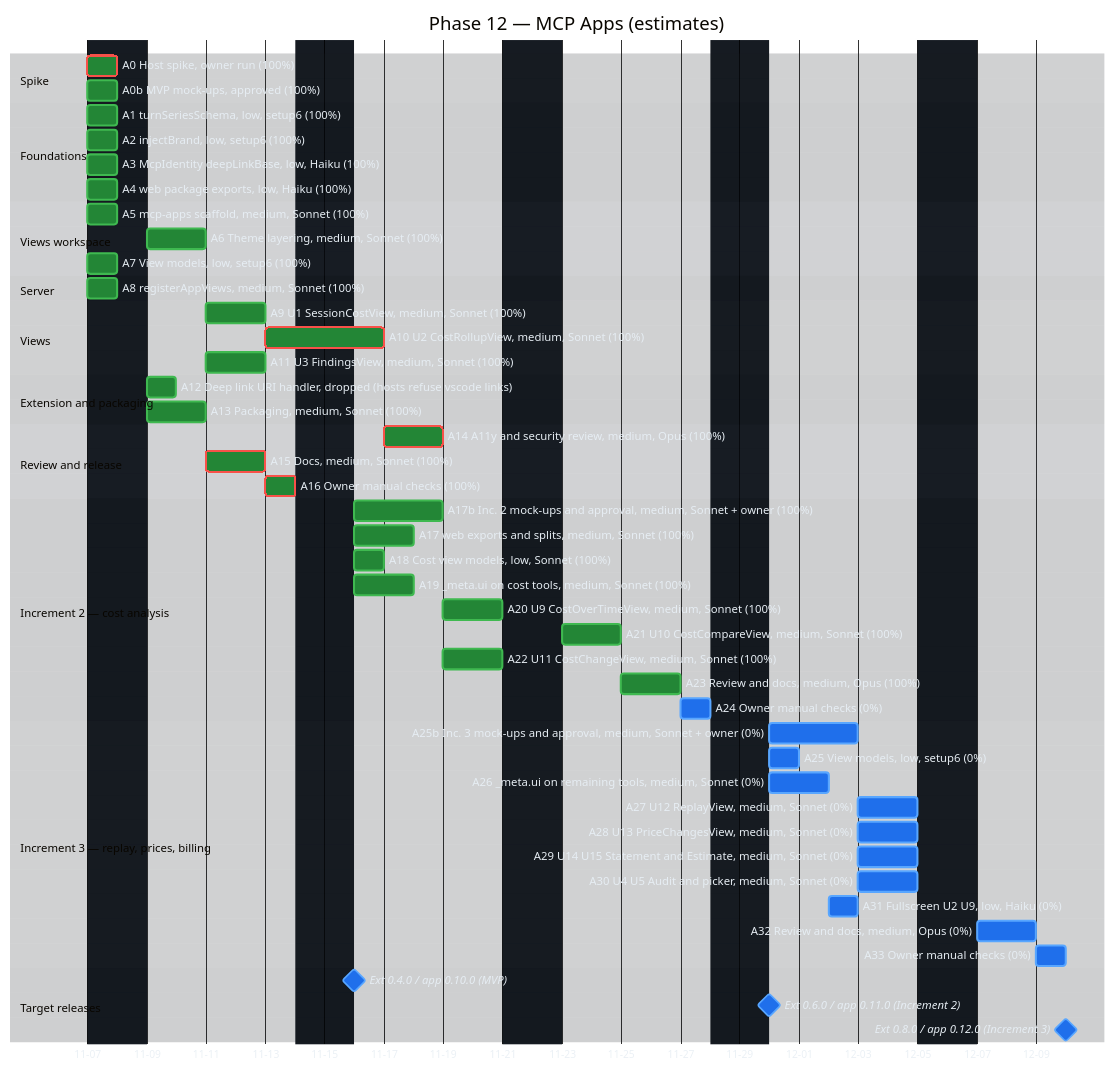
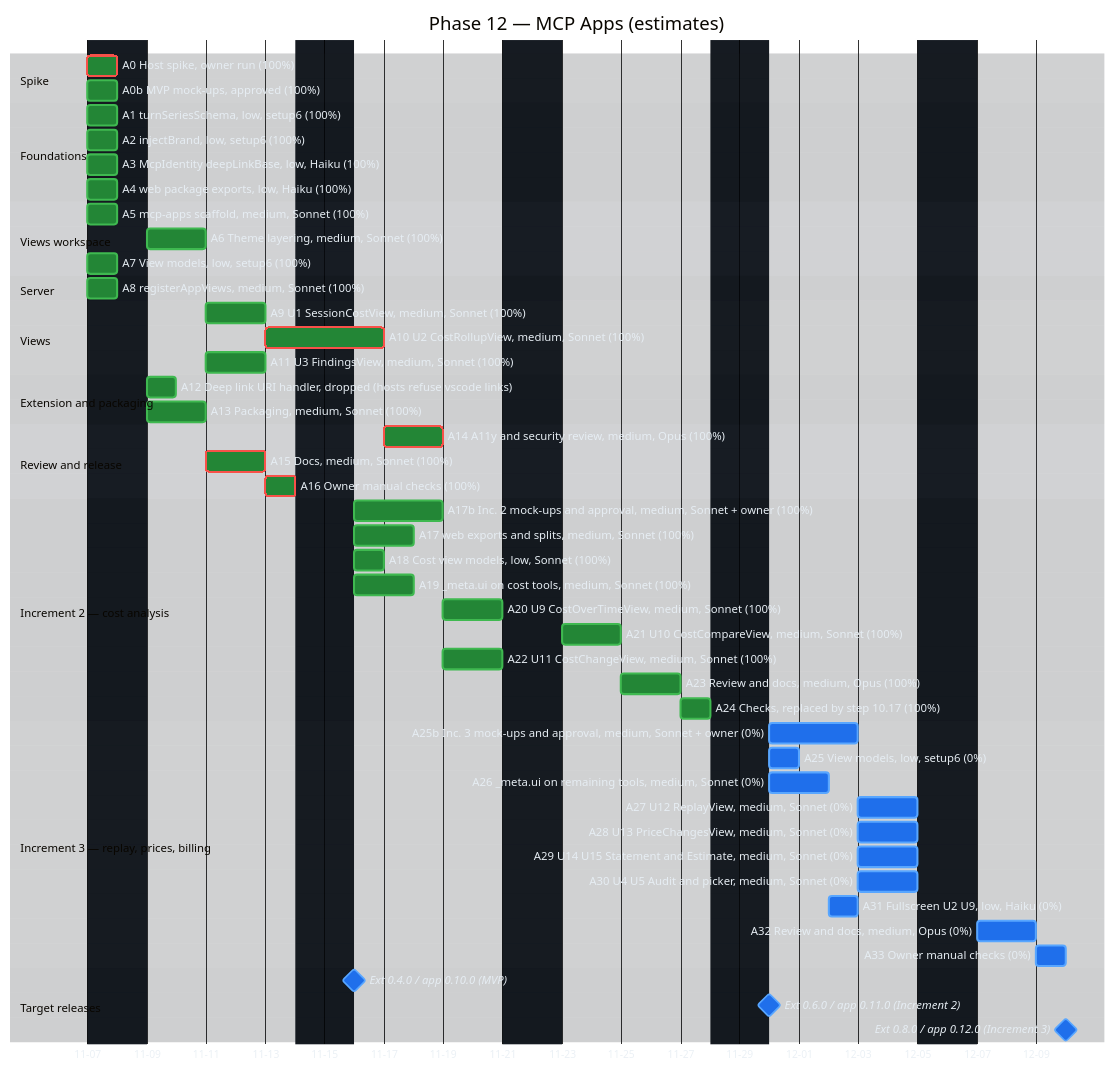
The second of 2 diagrams in docs/implementation-plan-gantt.md (raulkivi/agent-cost-analyzer), drawn with Mermaid before and after one commit. The commit also changed other lines of this file and 4 other files, not shown here.

```diff
--- a/docs/implementation-plan-gantt.md
+++ b/docs/implementation-plan-gantt.md
@@ -201,7 +201,7 @@
     A21 U10 CostCompareView, medium, Sonnet (100%) :done, a21, after a20, 2d
     A22 U11 CostChangeView, medium, Sonnet (100%) :done, a22, after a17 a17b a18 a19, 2d
     A23 Review and docs, medium, Opus (100%)     :done, a23, after a21 a22, 2d
-    A24 Owner manual checks (0%)                 :a24, after a23, 1d
+    A24 Checks, replaced by step 10.17 (100%)    :done, a24, after a23, 1d
 
     section Increment 3 — replay, prices, billing
     A25b Inc. 3 mock-ups and approval, medium, Sonnet + owner (0%) :a25b, after a24, 3d
```
